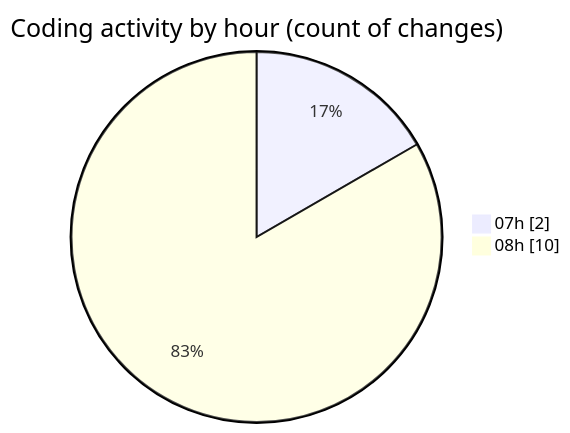
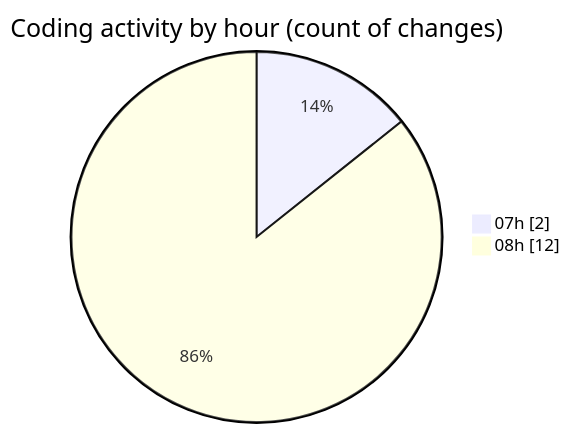
The second of 2 diagrams in 2026-08-28/oficina/README.md (LanceThiago/code-tracking), drawn with Mermaid before and after one commit. The commit also changed other lines of this file and 1 other file, not shown here.

````diff
--- a/2026-08-28/oficina/README.md
+++ b/2026-08-28/oficina/README.md
@@ -28,6 +28,6 @@
 ```mermaid
 pie showData
 title Coding activity by hour (count of changes)
 "07h" : 2
-"08h" : 10
+"08h" : 12
 ```
````
